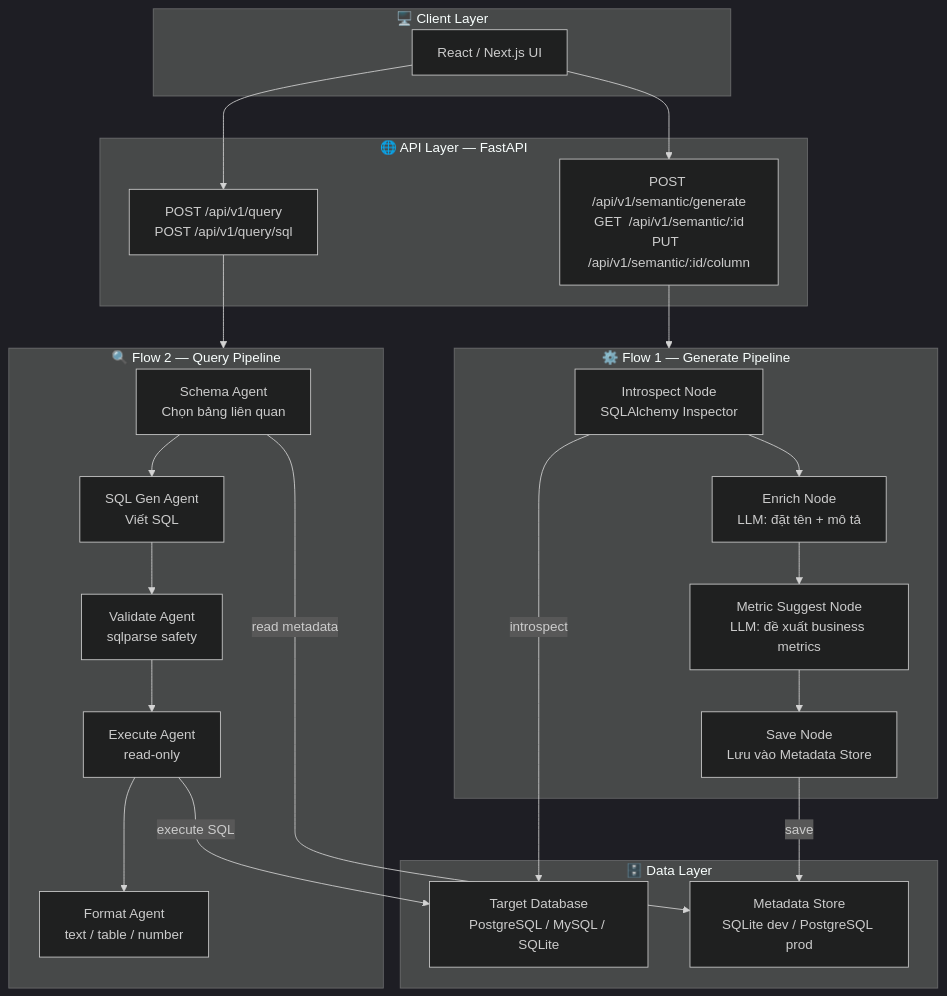
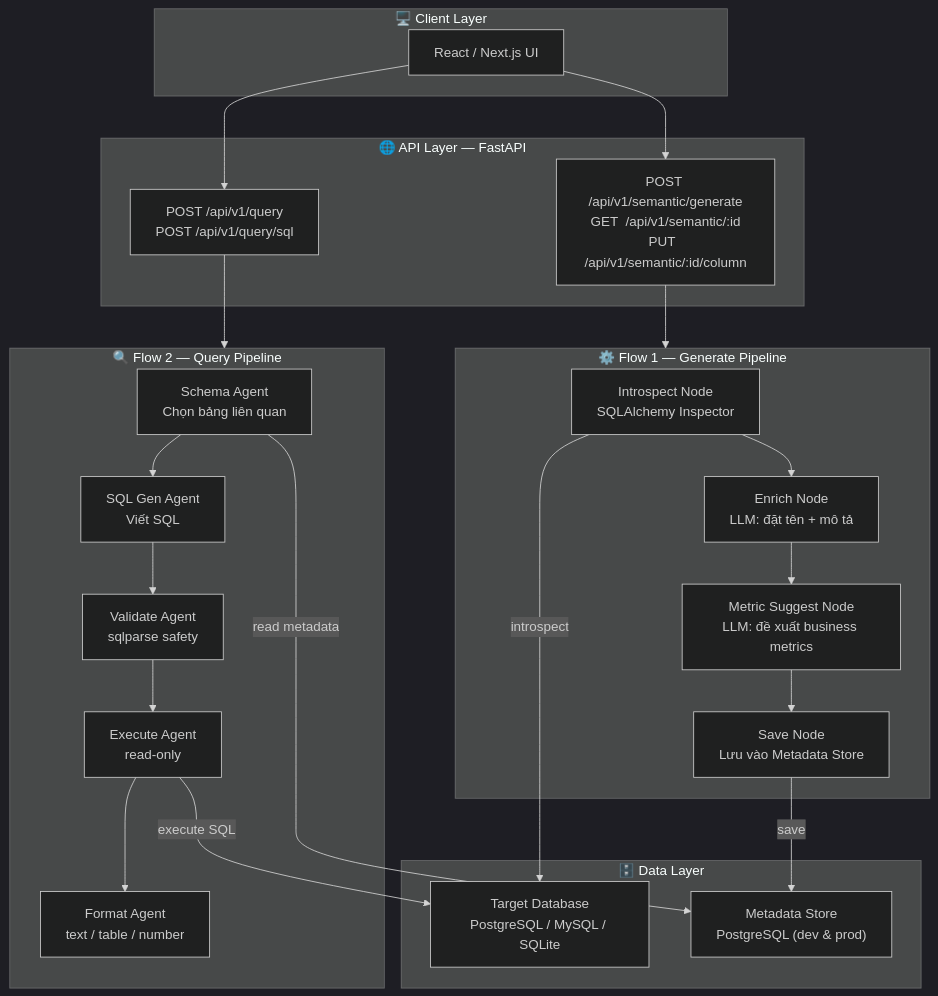
Before and after one commit to QuanAnh280605/P-069: the first of 3 diagrams in ARCHITECTURE.md, drawn with Mermaid (dark theme). The commit also changed other lines of this file and 3 other files, not shown here.

````diff
--- a/ARCHITECTURE.md
+++ b/ARCHITECTURE.md
@@ -16,41 +16,41 @@
 ```mermaid
 graph TB
     subgraph Client["🖥️ Client Layer"]
         UI["React / Next.js UI"]
     end
 
     subgraph API["🌐 API Layer — FastAPI"]
         GEN_API["POST /api/v1/semantic/generate\nGET  /api/v1/semantic/:id\nPUT  /api/v1/semantic/:id/column"]
         QRY_API["POST /api/v1/query\nPOST /api/v1/query/sql"]
     end
 
     subgraph Flow1["⚙️ Flow 1 — Generate Pipeline"]
         G1["Introspect Node\nSQLAlchemy Inspector"]
         G2["Enrich Node\nLLM: đặt tên + mô tả"]
         G3["Metric Suggest Node\nLLM: đề xuất business metrics"]
         G4["Save Node\nLưu vào Metadata Store"]
         G1 --> G2 --> G3 --> G4
     end
 
     subgraph Flow2["🔍 Flow 2 — Query Pipeline"]
         Q1["Schema Agent\nChọn bảng liên quan"]
         Q2["SQL Gen Agent\nViết SQL"]
         Q3["Validate Agent\nsqlparse safety"]
         Q4["Execute Agent\nread-only"]
         Q5["Format Agent\ntext / table / number"]
         Q1 --> Q2 --> Q3 --> Q4 --> Q5
     end
 
     subgraph Data["🗄️ Data Layer"]
         TARGET["Target Database\nPostgreSQL / MySQL / SQLite"]
-        METADB["Metadata Store\nSQLite dev / PostgreSQL prod"]
+        METADB["Metadata Store\nPostgreSQL (dev & prod)"]
     end
 
     UI --> GEN_API --> Flow1
     UI --> QRY_API --> Flow2
 
     G1 -->|introspect| TARGET
     G4 -->|save| METADB
     Q1 -->|read metadata| METADB
     Q4 -->|execute SQL| TARGET
 ```
````
